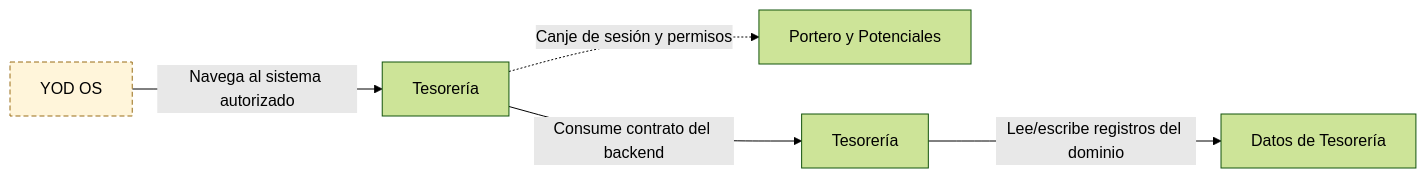
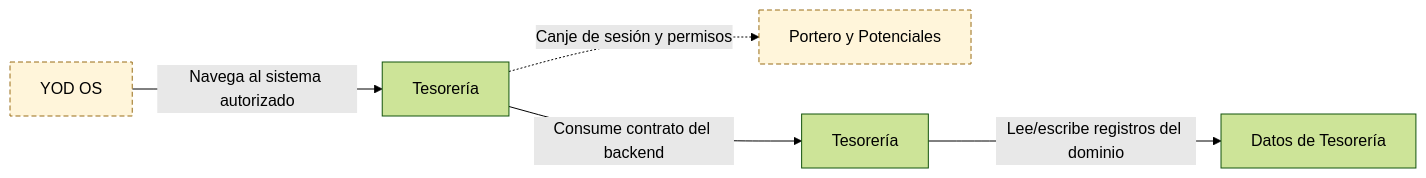
Before and after one commit to yodesarrollomx/yod-portal: the fourth of 9 diagrams in docs/arquitectura/mapas.md, drawn with Mermaid (forest theme). The commit also changed other lines of this file and 5 other files, not shown here.

````diff
--- a/docs/arquitectura/mapas.md
+++ b/docs/arquitectura/mapas.md
@@ -180,14 +191,15 @@
 ```mermaid
 flowchart LR
   n_SYS_FLUJO["Tesorería"]
   n_SYS_YOD_OS["YOD OS"]
   n_GAS_PORTERO["Portero y Potenciales"]
   n_GAS_FLUJO["Tesorería"]
   n_SHEET_FLUJO["Datos de Tesorería"]
   n_GAS_FLUJO -->|Lee/escribe registros del dominio| n_SHEET_FLUJO
   n_SYS_FLUJO -->|Consume contrato del backend| n_GAS_FLUJO
   n_SYS_YOD_OS -->|Navega al sistema autorizado| n_SYS_FLUJO
   n_SYS_FLUJO -.->|Canje de sesión y permisos| n_GAS_PORTERO
   classDef pendiente fill:#fff5da,stroke:#996d16,stroke-dasharray:5 3;
   class n_SYS_YOD_OS pendiente;
+  class n_GAS_PORTERO pendiente;
 ```
````
